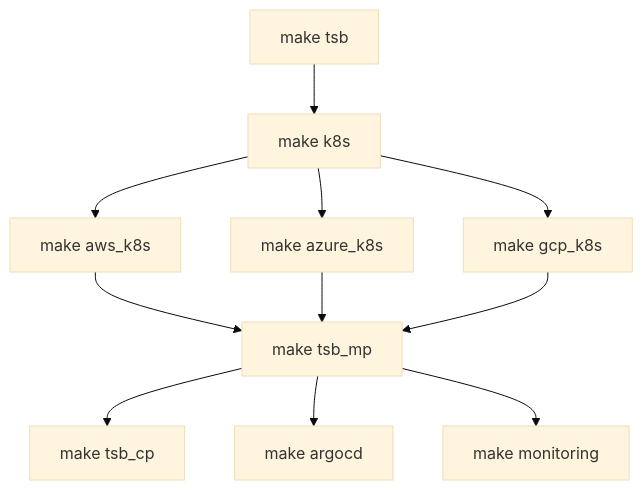
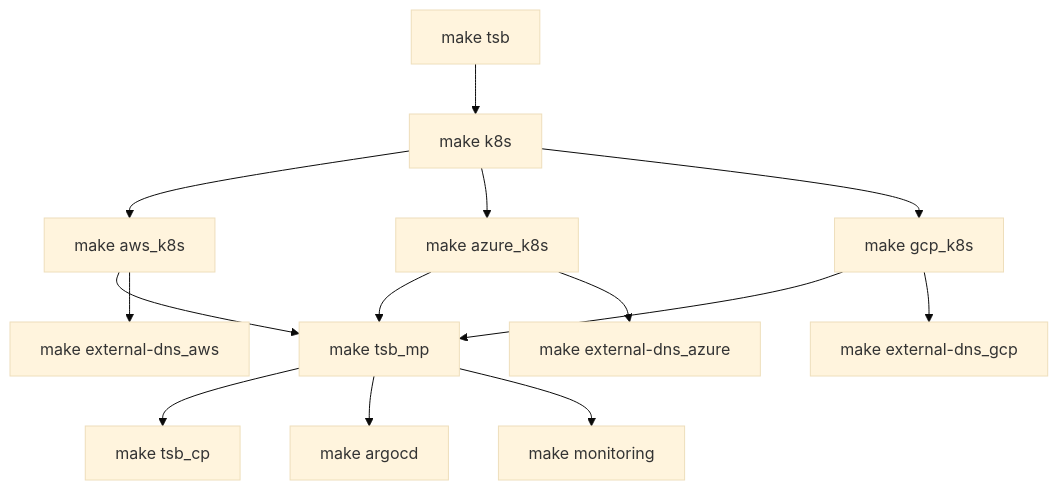
The diagram in README.md (tetratelabs/tetrate-service-bridge-sandbox), drawn with Mermaid (base theme) before and after one commit. The commit also changed 11 other files, not shown here.

First line of the commit message:
Make external-dns as a proper addon for AWS

````diff
--- a/README.md
+++ b/README.md
@@ -15,13 +15,16 @@
 ```mermaid
   graph TD;
       A[make tsb] --> B[make k8s]
       B[make k8s] --> C[make aws_k8s]
       B[make k8s] --> CC[make azure_k8s]
       B[make k8s] --> CCC[make gcp_k8s]
       C[make aws_k8s] --> D[make tsb_mp]
+      C[make aws_k8s] --> E[make external-dns_aws]
       CC[make azure_k8s] --> D[make tsb_mp]
+      CC[make azure_k8s] --> EE[make external-dns_azure]
       CCC[make gcp_k8s] --> D[make tsb_mp]
+      CCC[make gcp_k8s] --> EEE[make external-dns_gcp]
       D[make tsb_mp] --> DD[make tsb_cp]
       D[make tsb_mp] --> G[make argocd]
       D[make tsb_mp] --> H[make monitoring]
 ```
````
